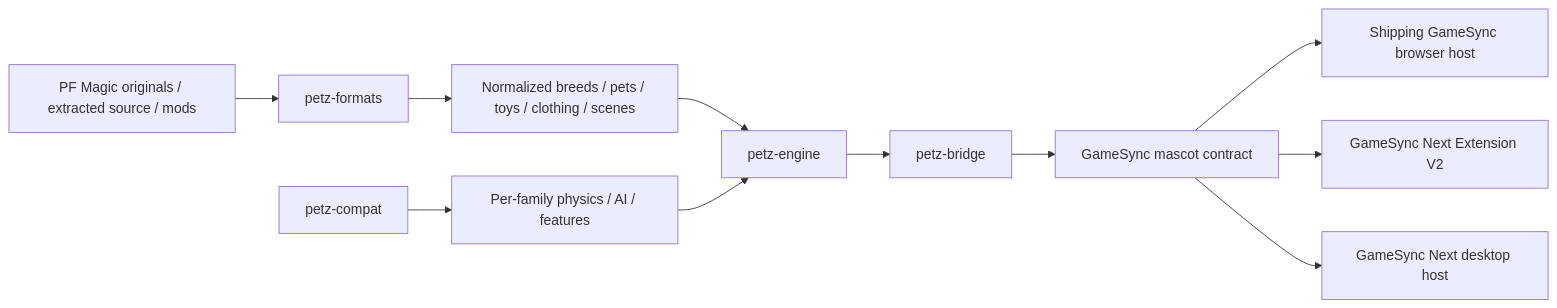
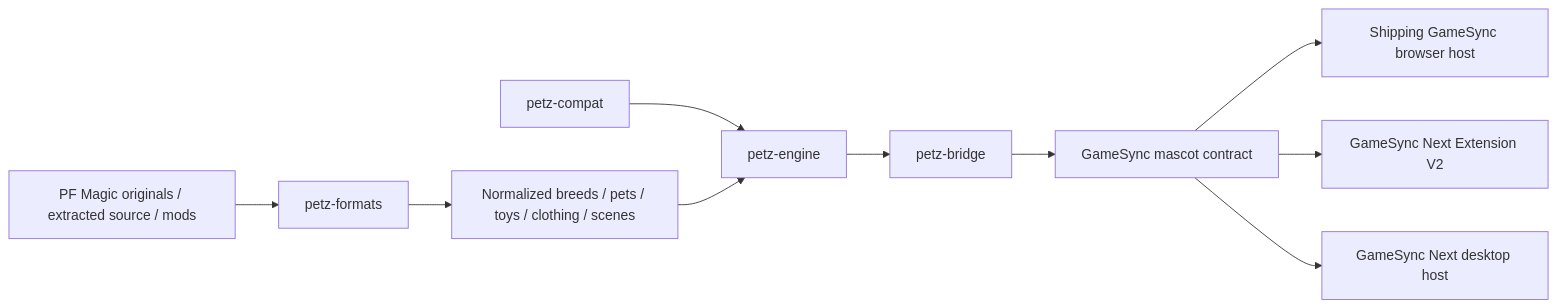
The diagram in wikis/PRJ-007-pf-magic-petz-runtime-integration.md (Herbertofury/ProjectDump), drawn with Mermaid before and after one commit. The commit also changed other lines of this file, not shown here.

Commit message:
docs: refresh PRJ-007 Petz persistence acceptance state

````diff
--- a/wikis/PRJ-007-pf-magic-petz-runtime-integration.md
+++ b/wikis/PRJ-007-pf-magic-petz-runtime-integration.md
@@ -53,13 +50,12 @@
-```mermaid  
-flowchart LR  
-    A[PF Magic originals / extracted source / mods] --> B[petz-formats]  
-    B --> C[Normalized breeds / pets / toys / clothing / scenes]  
-    D[petz-compat] --> E[Per-family physics / AI / features]  
-    C --> F[petz-engine]  
-    E --> F  
-    F --> G[petz-bridge]  
-    G --> H[GameSync mascot contract]  
-    H --> I[Shipping GameSync browser host]  
-    H --> J[GameSync Next Extension V2]  
-    H --> K[GameSync Next desktop host]  
+```mermaid
+flowchart LR
+  Originals[PF Magic originals / extracted source / mods] --> Formats[petz-formats]
+  Formats --> Normalized[Normalized breeds / pets / toys / clothing / scenes]
+  Compat[petz-compat] --> Engine[petz-engine]
+  Normalized --> Engine
+  Engine --> Bridge[petz-bridge]
+  Bridge --> Mascot[GameSync mascot contract]
+  Mascot --> Shipping[Shipping GameSync browser host]
+  Mascot --> V2[GameSync Next Extension V2]
+  Mascot --> Desktop[GameSync Next desktop host]
 ```
````
